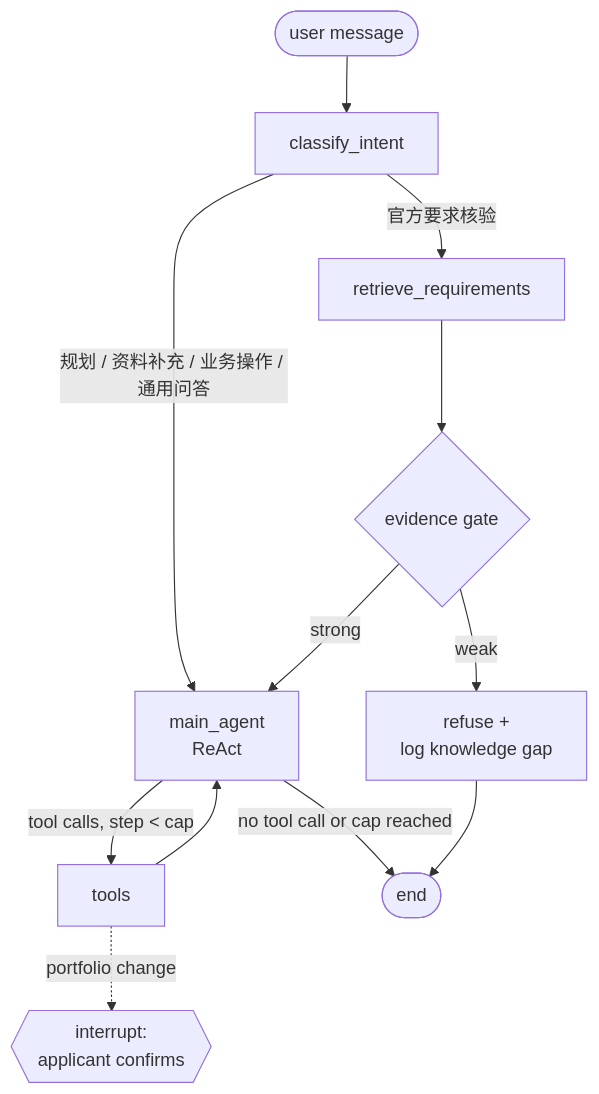
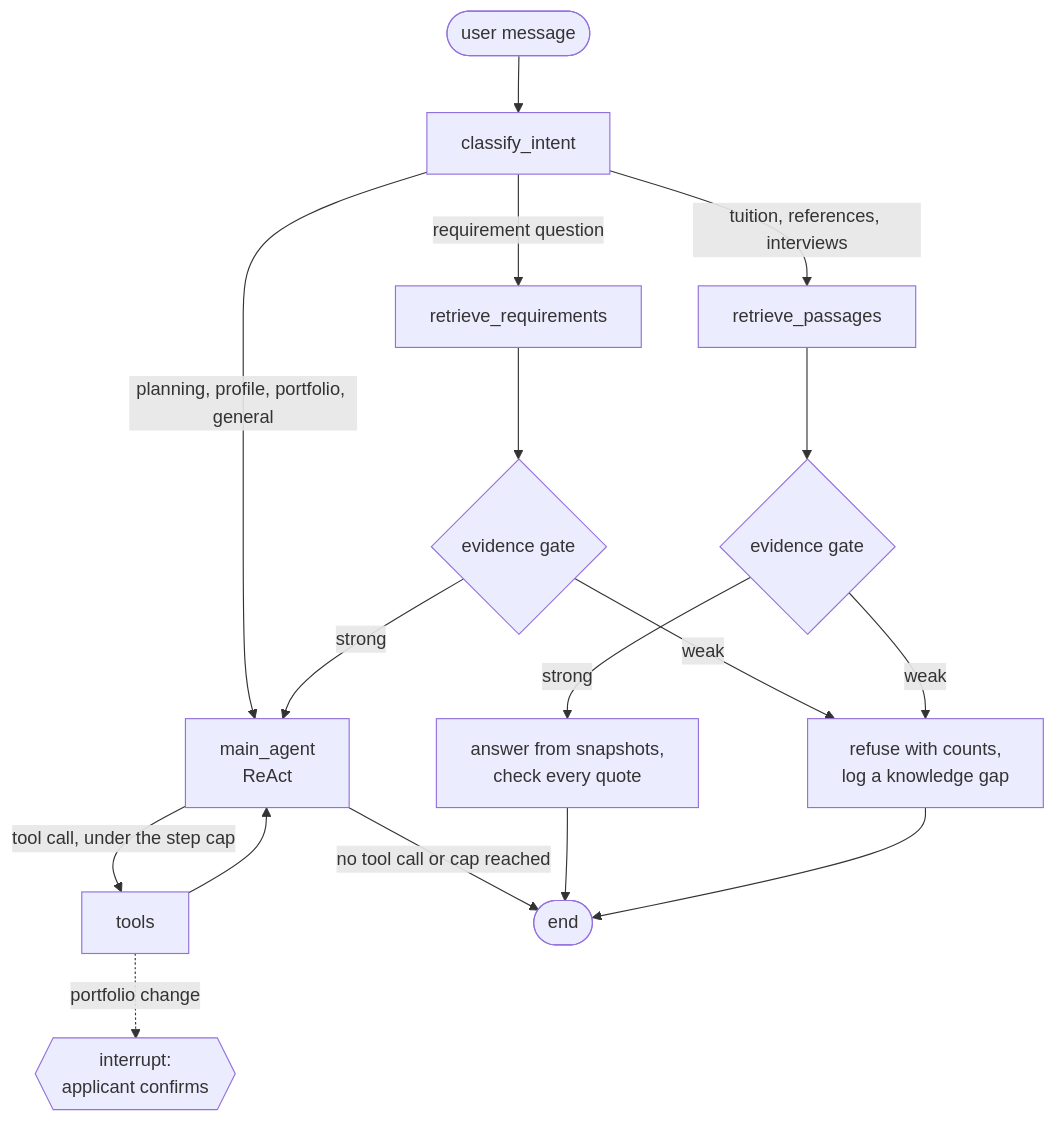
One commit to MortyYJT/LeapAshore changed the second of 2 diagrams in README.md. Above: the diagram before and after it, drawn with Mermaid. The commit also changed other lines of this file and 9 other files, not shown here.

````diff
--- a/README.md
+++ b/README.md
@@ -58,14 +72,19 @@
 ```mermaid
 flowchart TD
     S([user message]) --> I[classify_intent]
-    I -->|官方要求核验| R[retrieve_requirements]
-    I -->|规划 / 资料补充 / 业务操作 / 通用问答| M
+    I -->|requirement question| R[retrieve_requirements]
+    I -->|tuition, references, interviews| RP[retrieve_passages]
+    I -->|planning, profile, portfolio, general| M
     R --> E{evidence gate}
     E -->|strong| M[main_agent<br/>ReAct]
-    E -->|weak| X[refuse +<br/>log knowledge gap]
-    M -->|tool calls, step < cap| T[tools]
+    E -->|weak| X[refuse with counts,<br/>log a knowledge gap]
+    RP --> E2{evidence gate}
+    E2 -->|strong| AP[answer from snapshots,<br/>check every quote]
+    E2 -->|weak| X
+    M -->|tool call, under the step cap| T[tools]
     T --> M
     T -.->|portfolio change| H{{interrupt:<br/>applicant confirms}}
     M -->|no tool call or cap reached| D([end])
+    AP --> D
     X --> D
 ```
````
